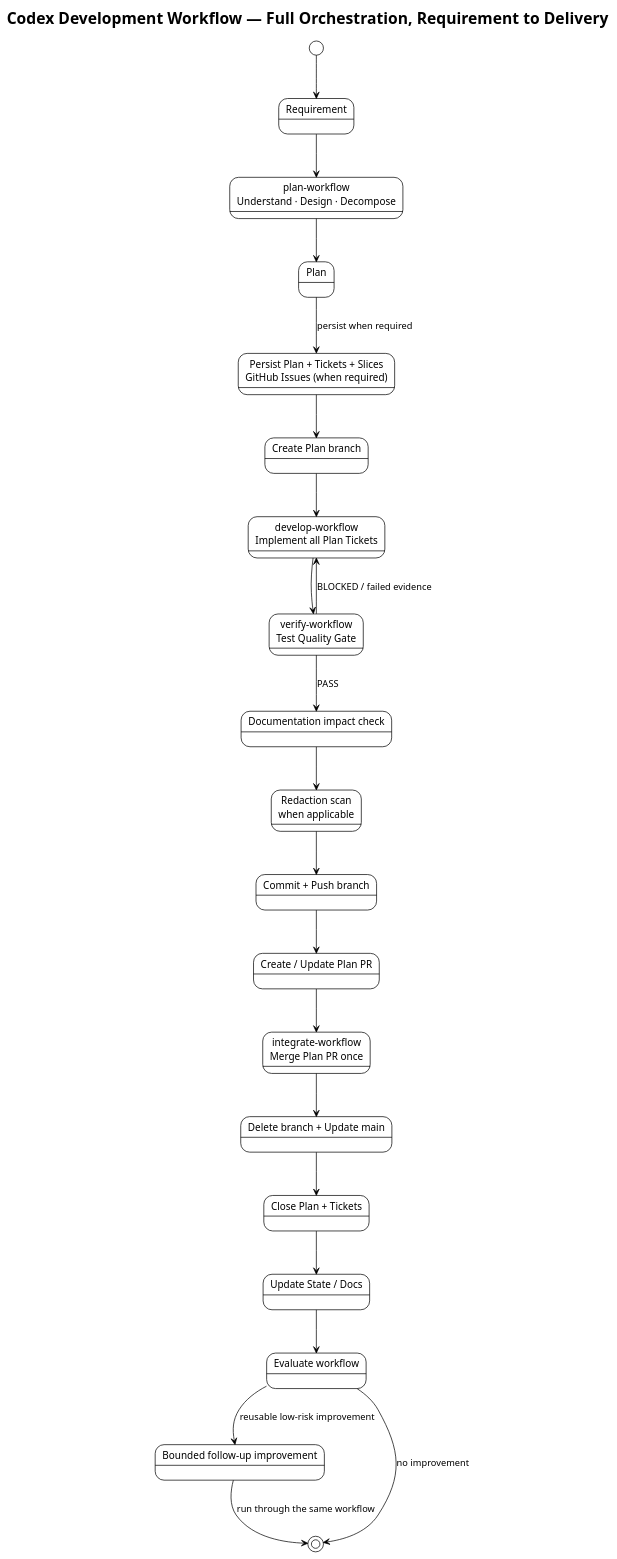
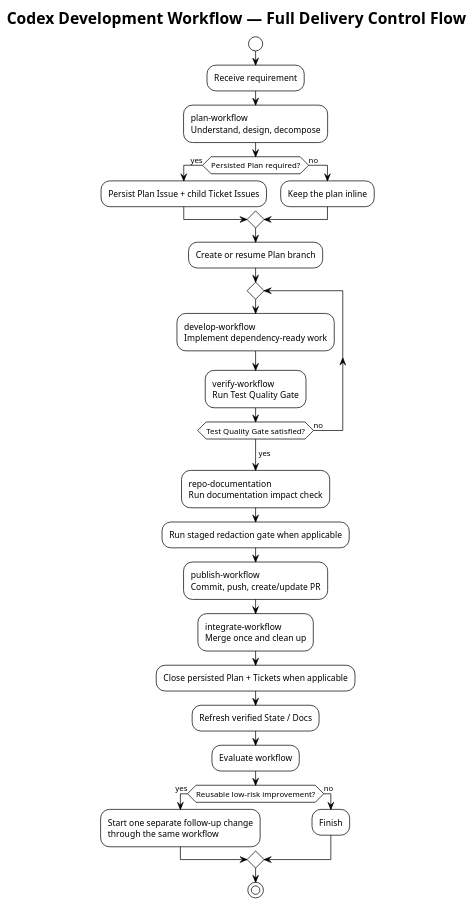
The diagram in docs/diagrams/architecture.puml (i-zrhe2016/codex-development-workflow), drawn with PlantUML before and after one commit. The commit also changed 8 other files, not shown here.

Commit message:
docs(diagrams): normalize PlantUML views

```diff
--- a/docs/diagrams/architecture.puml
+++ b/docs/diagrams/architecture.puml
@@ -1,47 +1,41 @@
 @startuml
 !theme plain
-top to bottom direction
 skinparam shadowing false
 skinparam defaultFontName Arial
 
-title Codex Development Workflow — Full Orchestration, Requirement to Delivery
+title Codex Development Workflow — Full Delivery Control Flow
 
-state "Requirement" as Requirement
-state "plan-workflow\nUnderstand · Design · Decompose" as Understand
-state "Plan" as Plan
-state "Persist Plan + Tickets + Slices\nGitHub Issues (when required)" as Issues
-state "Create Plan branch" as Branch
-state "develop-workflow\nImplement all Plan Tickets" as Implement
-state "verify-workflow\nTest Quality Gate" as Test
-state "Documentation impact check" as Docs
-state "Redaction scan\nwhen applicable" as Redact
-state "Commit + Push branch" as Publish
-state "Create / Update Plan PR" as PR
-state "integrate-workflow\nMerge Plan PR once" as Merge
-state "Delete branch + Update main" as Cleanup
-state "Close Plan + Tickets" as Close
-state "Update State / Docs" as State
-state "Evaluate workflow" as Evaluate
-state "Bounded follow-up improvement" as Improve
+start
+:Receive requirement;
+:plan-workflow\nUnderstand, design, decompose;
 
-[*] --> Requirement
-Requirement --> Understand
-Understand --> Plan
-Plan --> Issues : persist when required
-Issues --> Branch
-Branch --> Implement
-Implement --> Test
-Test --> Implement : BLOCKED / failed evidence
-Test --> Docs : PASS
-Docs --> Redact
-Redact --> Publish
-Publish --> PR
-PR --> Merge
-Merge --> Cleanup
-Cleanup --> Close
-Close --> State
-State --> Evaluate
-Evaluate --> Improve : reusable low-risk improvement
-Improve --> [*] : run through the same workflow
-Evaluate --> [*] : no improvement
+if (Persisted Plan required?) then (yes)
+  :Persist Plan Issue + child Ticket Issues;
+else (no)
+  :Keep the plan inline;
+endif
+
+:Create or resume Plan branch;
+
+repeat
+  :develop-workflow\nImplement dependency-ready work;
+  :verify-workflow\nRun Test Quality Gate;
+repeat while (Test Quality Gate satisfied?) is (no)
+->yes;
+
+:repo-documentation\nRun documentation impact check;
+:Run staged redaction gate when applicable;
+:publish-workflow\nCommit, push, create/update PR;
+:integrate-workflow\nMerge once and clean up;
+:Close persisted Plan + Tickets when applicable;
+:Refresh verified State / Docs;
+:Evaluate workflow;
+
+if (Reusable low-risk improvement?) then (yes)
+  :Start one separate follow-up change\nthrough the same workflow;
+else (no)
+  :Finish;
+endif
+
+stop
 @enduml
```
